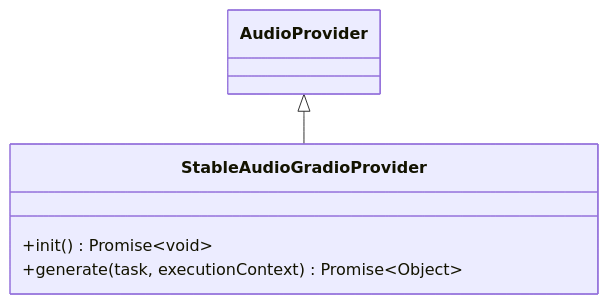
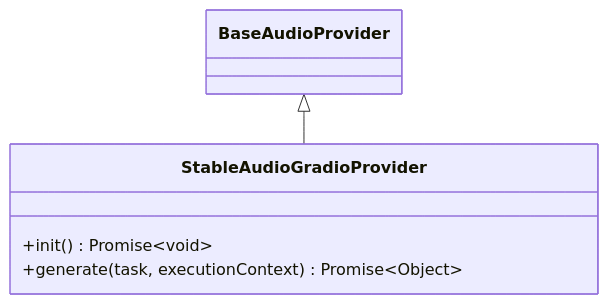
One commit to DrMarcoGilardi/BRANI-360 changed diagram 23 of 36 in docs/SERVER_DOCS.md. Above: the diagram before and after it, drawn with Mermaid. The commit also changed other lines of this file and 2 other files, not shown here.

````diff
--- a/docs/SERVER_DOCS.md
+++ b/docs/SERVER_DOCS.md
@@ -713,8 +713,8 @@
 ```mermaid
 classDiagram
-AudioProvider <|-- StableAudioGradioProvider
+BaseAudioProvider <|-- StableAudioGradioProvider
 class StableAudioGradioProvider{
 +init() Promise~void~
 +generate(task, executionContext) Promise~Object~
 }
 ```
````
